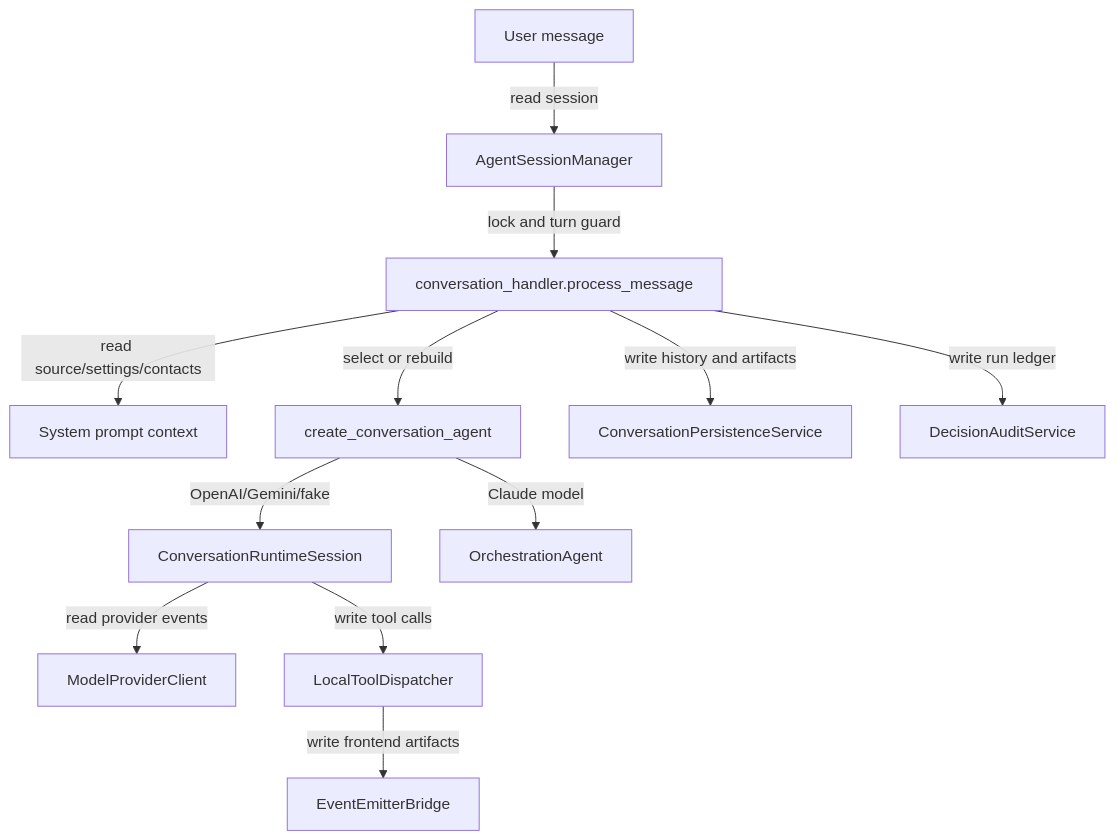
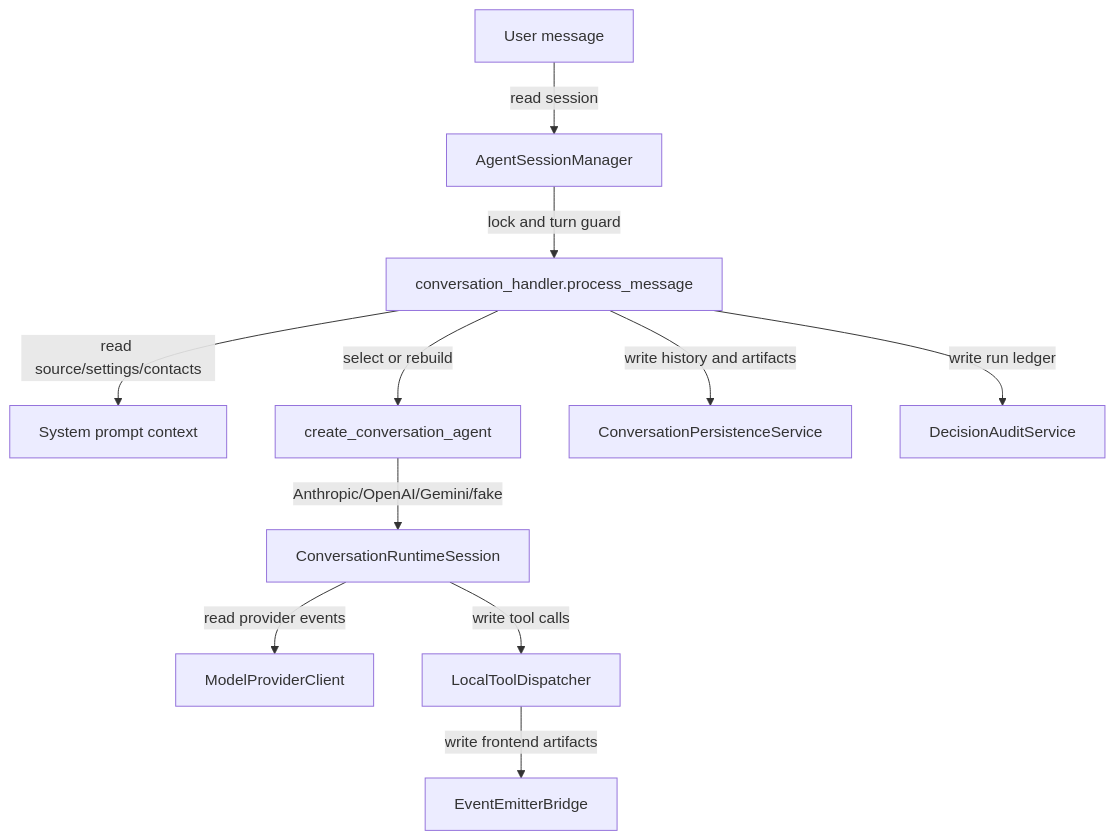
One commit to matt-hans/ShipAgent changed the diagram in docs/components/shipagent-conversation-runtime.md. Above: the diagram before and after it, drawn with Mermaid. The commit also changed other lines of this file and 18 other files, not shown here.

````diff
--- a/docs/components/shipagent-conversation-runtime.md
+++ b/docs/components/shipagent-conversation-runtime.md
@@ -36,14 +41,13 @@
 ```mermaid
 flowchart TD
     Message[User message] -->|read session| Manager[AgentSessionManager]
     Manager -->|lock and turn guard| Handler[conversation_handler.process_message]
     Handler -->|read source/settings/contacts| Prompt[System prompt context]
     Handler -->|select or rebuild| AgentFactory[create_conversation_agent]
-    AgentFactory -->|OpenAI/Gemini/fake| Neutral[ConversationRuntimeSession]
-    AgentFactory -->|Claude model| Claude[OrchestrationAgent]
+    AgentFactory -->|Anthropic/OpenAI/Gemini/fake| Neutral[ConversationRuntimeSession]
     Neutral -->|read provider events| Provider[ModelProviderClient]
     Neutral -->|write tool calls| Dispatcher[LocalToolDispatcher]
     Dispatcher -->|write frontend artifacts| Bridge[EventEmitterBridge]
     Handler -->|write history and artifacts| Persistence[ConversationPersistenceService]
     Handler -->|write run ledger| Audit[DecisionAuditService]
 ```
````
